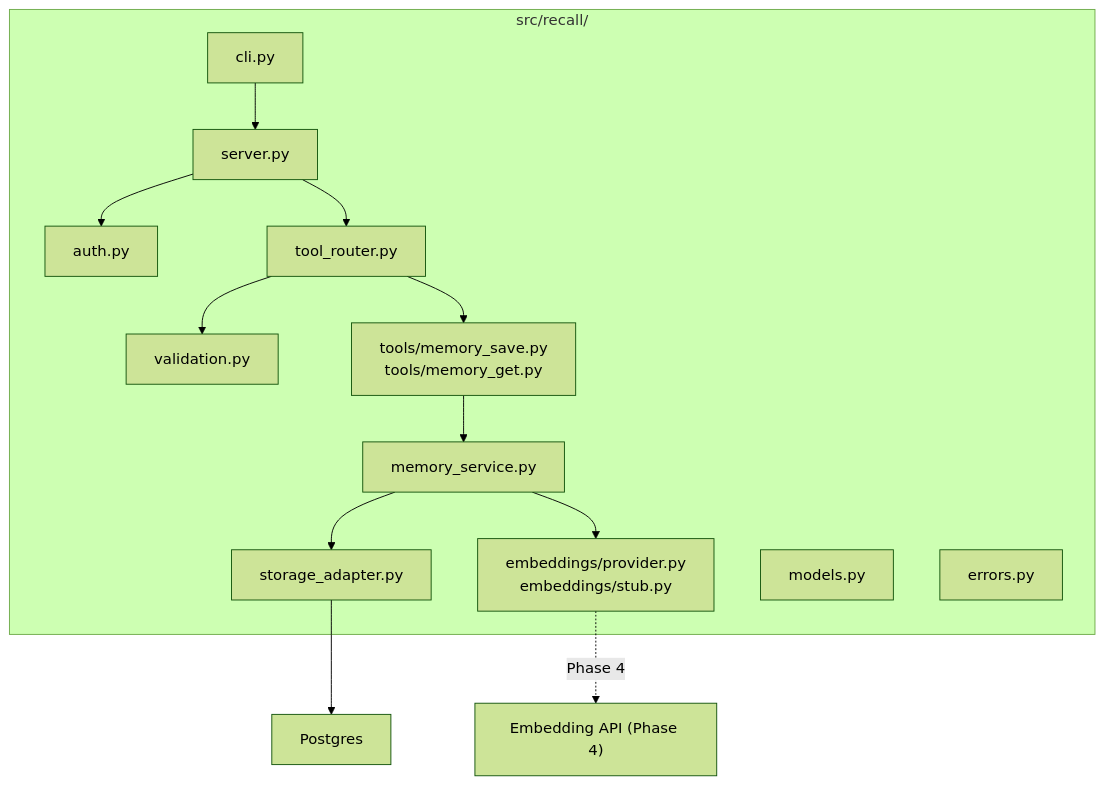
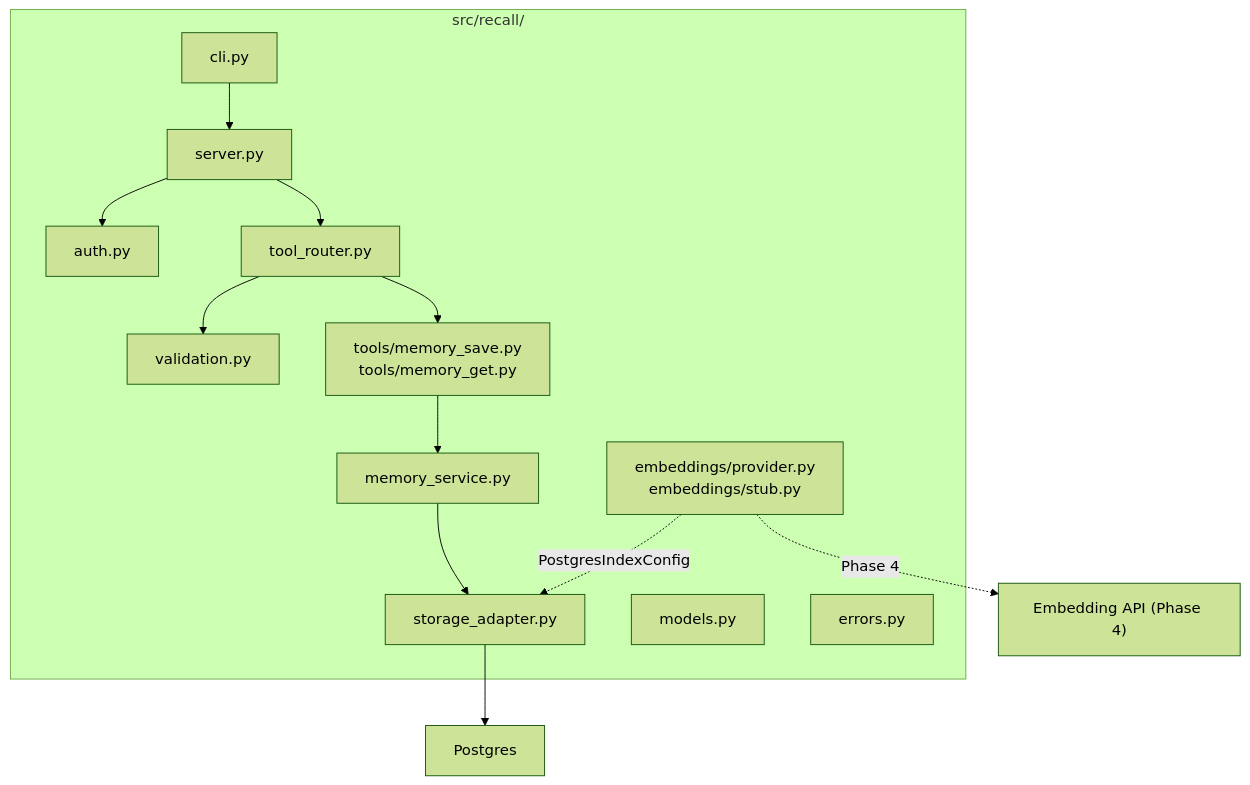
One commit to mironyx/recall changed the fourth of 4 diagrams in docs/design/v2/lld-e1-one-memory-e2e.md. Above: the diagram before and after it, drawn with Mermaid (forest theme). The commit also changed other lines of this file, not shown here.

Commit message:
docs: fix double-embedding design conflict in E1 LLD — AsyncPostgresStore owns embedding, MemoryService delegates

````diff
--- a/docs/design/v2/lld-e1-one-memory-e2e.md
+++ b/docs/design/v2/lld-e1-one-memory-e2e.md
@@ -121,29 +119,29 @@
 ```mermaid
 graph TB
     subgraph "src/recall/"
         CLI["cli.py"]
         Server["server.py"]
         AuthMod["auth.py"]
         Validation["validation.py"]
         Router["tool_router.py"]
         Tools["tools/memory_save.py\ntools/memory_get.py"]
         MS["memory_service.py"]
         SA["storage_adapter.py"]
         Emb["embeddings/provider.py\nembeddings/stub.py"]
         Models["models.py"]
         Errors["errors.py"]
     end
     DB["Postgres"]
     ExtEmb["Embedding API (Phase 4)"]
 
     CLI --> Server
     Server --> AuthMod
     Server --> Router
     Router --> Tools
     Router --> Validation
     Tools --> MS
     MS --> SA
-    MS --> Emb
     SA --> DB
+    Emb -.->|PostgresIndexConfig| SA
     Emb -.->|Phase 4| ExtEmb
 ```
````
